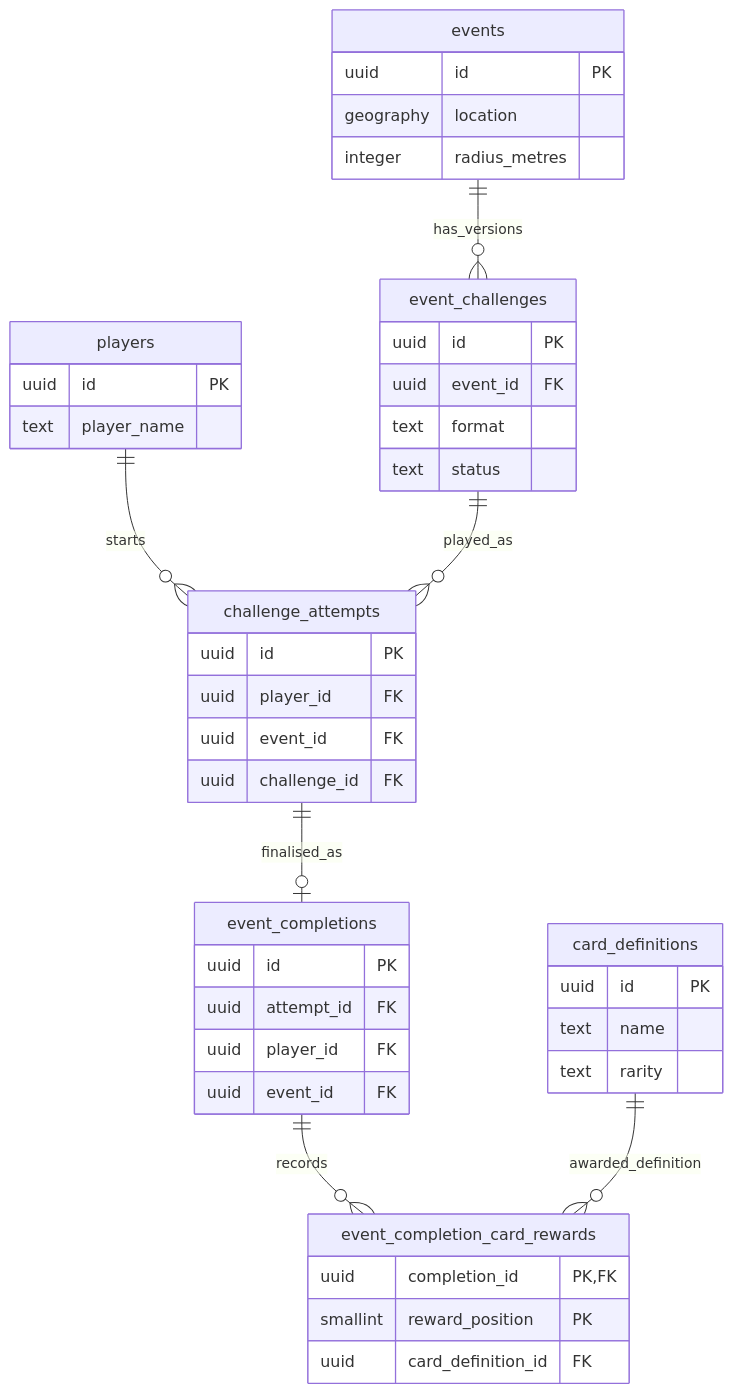
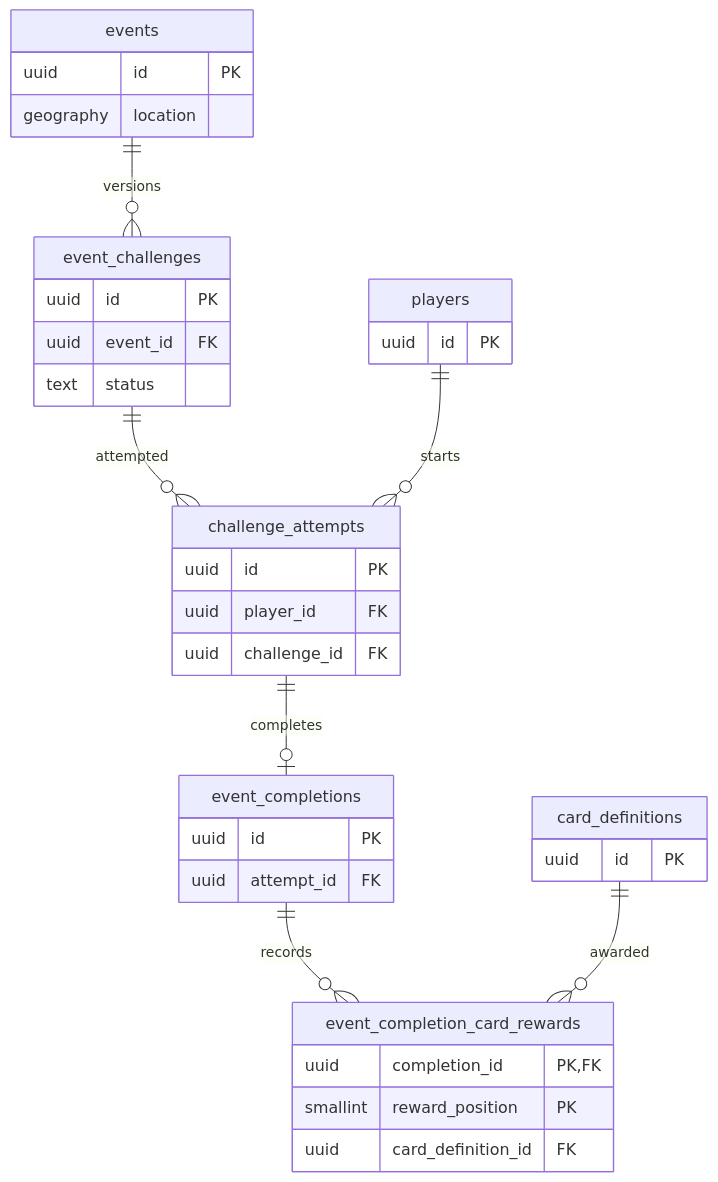
One commit to Gradient-Ascenders/Wits-World changed the first of 4 diagrams in docs/architecture/diagrams/database-relationships.md. Above: the diagram before and after it, drawn with Mermaid. The commit also changed other lines of this file and 28 other files, not shown here.

First line of the commit message:
[docs] refresh setup and architecture guides and diagrams

````diff
--- a/docs/architecture/diagrams/database-relationships.md
+++ b/docs/architecture/diagrams/database-relationships.md
@@ -22,48 +19,43 @@
 ```mermaid
 erDiagram
-    accTitle: Events, challenge attempts and completion records
-    accDescr: An event has challenge versions. Each player can start attempts, and an attempt belongs to one challenge and can produce one completion. Completions retain reward records.
+    direction TB
+    accTitle: Events connect challenge versions to player attempts and rewards
+    accDescr: Players start attempts for event challenge versions. An attempt can have one completion, which retains normal card reward records referring to card definitions. Direct player and event references are omitted where the chain already shows the relationship.
+
+    events ||--o{ event_challenges : versions
+    event_challenges ||--o{ challenge_attempts : attempted
     players ||--o{ challenge_attempts : starts
-    events ||--o{ event_challenges : has_versions
-    event_challenges ||--o{ challenge_attempts : played_as
-    challenge_attempts ||--o| event_completions : finalised_as
+    challenge_attempts ||--o| event_completions : completes
     event_completions ||--o{ event_completion_card_rewards : records
-    card_definitions ||--o{ event_completion_card_rewards : awarded_definition
-    players {
-        uuid id PK
-        text player_name
-    }
+    card_definitions ||--o{ event_completion_card_rewards : awarded
+
     events {
         uuid id PK
         geography location
-        integer radius_metres
     }
     event_challenges {
         uuid id PK
         uuid event_id FK
-        text format
         text status
+    }
+    players {
+        uuid id PK
     }
     challenge_attempts {
         uuid id PK
         uuid player_id FK
-        uuid event_id FK
         uuid challenge_id FK
     }
     event_completions {
         uuid id PK
         uuid attempt_id FK
-        uuid player_id FK
-        uuid event_id FK
     }
     event_completion_card_rewards {
         uuid completion_id PK, FK
         smallint reward_position PK
         uuid card_definition_id FK
     }
     card_definitions {
         uuid id PK
-        text name
-        text rarity
     }
 ```
````
